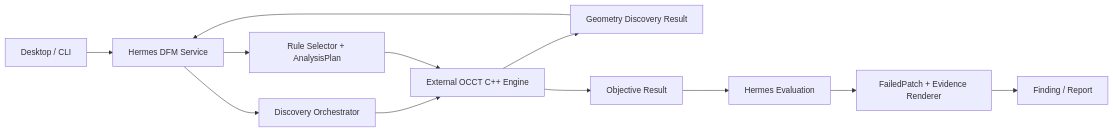
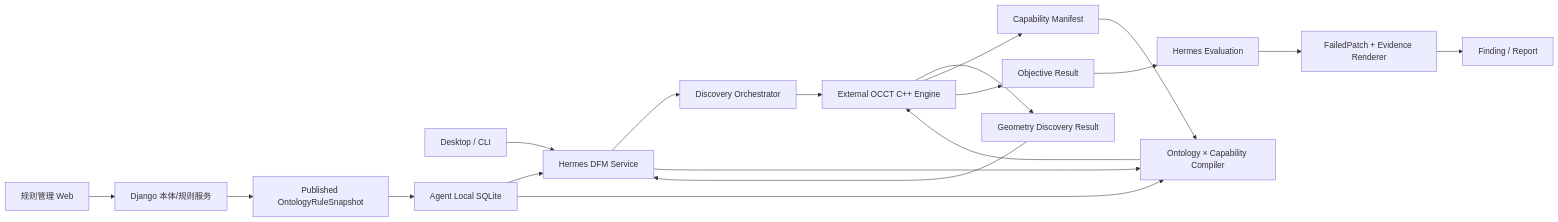
Before and after one commit to 1004860611/hermes-agent: the first of 2 diagrams in docs/plans/2026-08-18-dfm-architecture-workflow-and-occt-contract.md, drawn with Mermaid. The commit also changed other lines of this file and 28 other files, not shown here.

````diff
--- a/docs/plans/2026-08-18-dfm-architecture-workflow-and-occt-contract.md
+++ b/docs/plans/2026-08-18-dfm-architecture-workflow-and-occt-contract.md
@@ -25,14 +27,21 @@
 ```mermaid
 flowchart LR
     UI[Desktop / CLI] --> H[Hermes DFM Service]
+    MW[规则管理 Web] --> MS[Django 本体/规则服务]
+    MS --> S[Published OntologyRuleSnapshot]
+    S --> DB[Agent Local SQLite]
+    DB --> H
     H --> D[Discovery Orchestrator]
     D --> C[External OCCT C++ Engine]
     C --> DR[Geometry Discovery Result]
     DR --> H
-    H --> P[Rule Selector + AnalysisPlan]
+    C --> CAP[Capability Manifest]
+    CAP --> P[Ontology × Capability Compiler]
+    DB --> P
+    H --> P
     P --> C
     C --> OR[Objective Result]
     OR --> E[Hermes Evaluation]
     E --> V[FailedPatch + Evidence Renderer]
     V --> F[Finding / Report]
 ```
````
